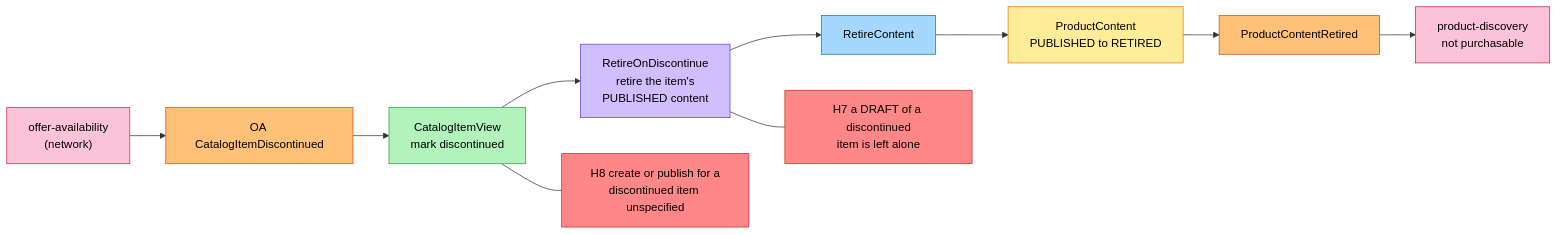
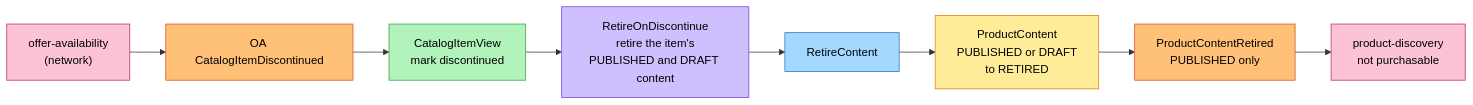
The third of 3 diagrams in storefront/docs/contexts/product-content/eventstorming.md (IQVO/warehouse-docs), drawn with Mermaid before and after one commit. The commit also changed other lines of this file and 16 other files, not shown here.

Commit message:
docs(storefront): model-fix 4-5/7 - product-content, product-discovery, shopping-cart decisions applied; checkout model + events (24->26)

````diff
--- a/storefront/docs/contexts/product-content/eventstorming.md
+++ b/storefront/docs/contexts/product-content/eventstorming.md
@@ -123,26 +131,22 @@
 ```mermaid
 flowchart LR
     OA["offer-availability<br/>(network)"]:::external
     E0["OA CatalogItemDiscontinued"]:::event
     RM["CatalogItemView<br/>mark discontinued"]:::readmodel
-    P1["RetireOnDiscontinue<br/>retire the item's<br/>PUBLISHED content"]:::policy
+    P1["RetireOnDiscontinue<br/>retire the item's<br/>PUBLISHED and DRAFT content"]:::policy
     C1["RetireContent"]:::command
-    G1["ProductContent<br/>PUBLISHED to RETIRED"]:::aggregate
-    E1["ProductContentRetired"]:::event
+    G1["ProductContent<br/>PUBLISHED or DRAFT<br/>to RETIRED"]:::aggregate
+    E1["ProductContentRetired<br/>PUBLISHED only"]:::event
     PD["product-discovery<br/>not purchasable"]:::external
-    H7["H7 a DRAFT of a discontinued<br/>item is left alone"]:::hotspot
-    H8["H8 create or publish for a<br/>discontinued item unspecified"]:::hotspot
 
     OA --> E0 --> RM --> P1 --> C1 --> G1 --> E1 --> PD
-    P1 --- H7
-    RM --- H8
 
     classDef actor fill:#fff59d,stroke:#b59f00,color:#000
     classDef command fill:#a5d8ff,stroke:#1971c2,color:#000
     classDef aggregate fill:#ffec99,stroke:#e67700,color:#000
     classDef event fill:#ffc078,stroke:#d9480f,color:#000
     classDef policy fill:#d0bfff,stroke:#6741d9,color:#000
     classDef readmodel fill:#b2f2bb,stroke:#2f9e44,color:#000
     classDef external fill:#fcc2d7,stroke:#c2255c,color:#000
     classDef hotspot fill:#ff8787,stroke:#c92a2a,color:#000
 ```
````
